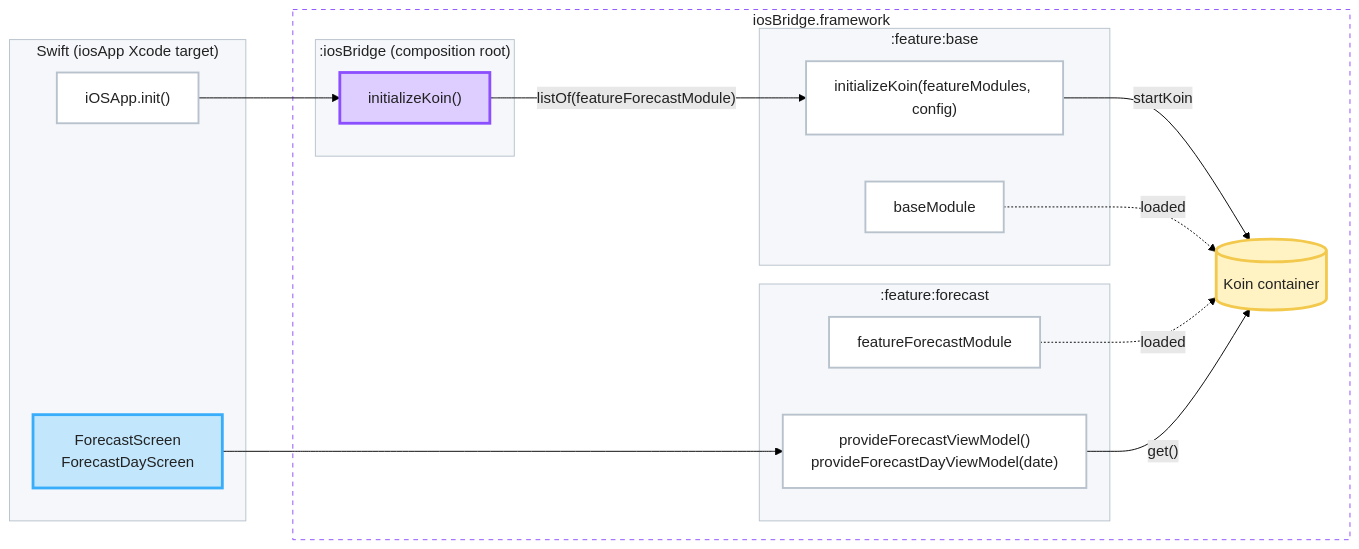
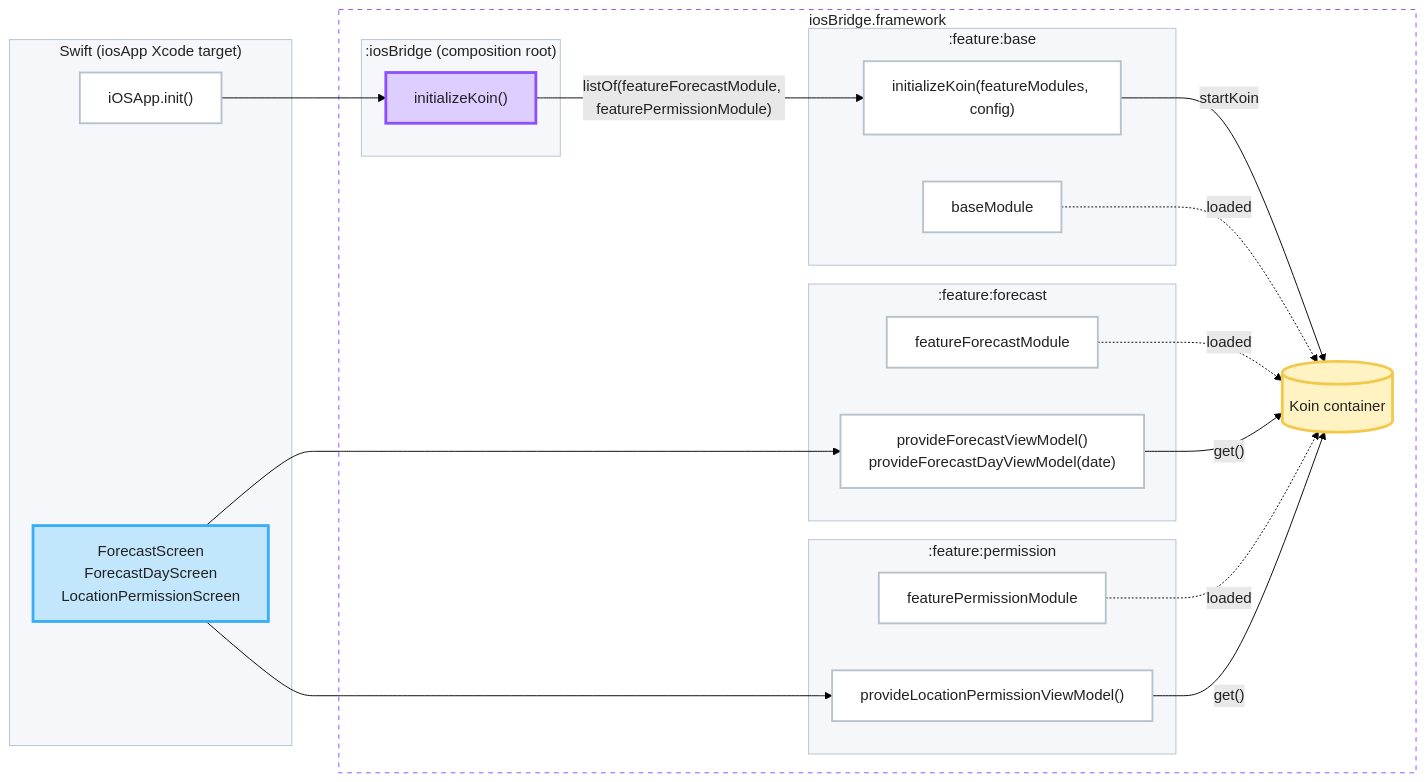
Before and after one commit to igorwojda/kmp-showcase: the third of 3 diagrams in README.md, drawn with Mermaid (forest theme). The commit also changed other lines of this file and 21 other files, not shown here.

Commit message:
Add location permission feature with handling for permission requests and states

````diff
--- a/README.md
+++ b/README.md
@@ -266,49 +283,58 @@
 ```mermaid
 flowchart LR
     subgraph swift["Swift (iosApp Xcode target)"]
         iosApp["iOSApp.init()"]
-        swiftScreens["ForecastScreen<br/>ForecastDayScreen"]
+        swiftScreens["ForecastScreen<br/>ForecastDayScreen<br/>LocationPermissionScreen"]
     end
 
     subgraph framework["iosBridge.framework"]
         subgraph iosBridge[":iosBridge (composition root)"]
             bridgeInit["initializeKoin()"]
         end
 
         subgraph base[":feature:base"]
             initializeKoin["initializeKoin(featureModules, config)"]
             baseModule["baseModule"]
         end
 
         subgraph forecast[":feature:forecast"]
             featureForecastModule["featureForecastModule"]
             accessors["provideForecastViewModel()<br/>provideForecastDayViewModel(date)"]
         end
 
+        subgraph permission[":feature:permission"]
+            featurePermissionModule["featurePermissionModule"]
+            permissionAccessors["provideLocationPermissionViewModel()"]
+        end
+
         koin[("Koin container")]
     end
 
     iosApp --> bridgeInit
-    bridgeInit -- "listOf(featureForecastModule)" --> initializeKoin
+    bridgeInit -- "listOf(featureForecastModule, featurePermissionModule)" --> initializeKoin
     initializeKoin -- "startKoin" --> koin
     baseModule -. "loaded" .-> koin
     featureForecastModule -. "loaded" .-> koin
+    featurePermissionModule -. "loaded" .-> koin
     swiftScreens --> accessors
+    swiftScreens --> permissionAccessors
     accessors -- "get()" --> koin
+    permissionAccessors -- "get()" --> koin
 
     classDef root fill:#DECDFF,stroke:#8C4FFF,stroke-width:3px,color:#222222;
     classDef ui fill:#C2E6FC,stroke:#38ADFA,stroke-width:3px,color:#222222;
     classDef code fill:#FFFFFF,stroke:#B8C2CC,stroke-width:2px,color:#222222;
     classDef container fill:#FFF3C4,stroke:#F2C94C,stroke-width:3px,color:#222222;
 
     class bridgeInit root;
     class swiftScreens ui;
-    class iosApp,initializeKoin,baseModule,featureForecastModule,accessors code;
+    class iosApp,initializeKoin,baseModule,featureForecastModule,featurePermissionModule,accessors,permissionAccessors code;
     class koin container;
 
     style swift fill:#F5F7FA,stroke:#B8C2CC,color:#222222;
     style framework fill:#FFFFFF,stroke:#8C4FFF,stroke-dasharray:5 5,color:#222222;
     style iosBridge fill:#F5F7FA,stroke:#B8C2CC,color:#222222;
     style base fill:#F5F7FA,stroke:#B8C2CC,color:#222222;
     style forecast fill:#F5F7FA,stroke:#B8C2CC,color:#222222;
+    style permission fill:#F5F7FA,stroke:#B8C2CC,color:#222222;
 ```
````
